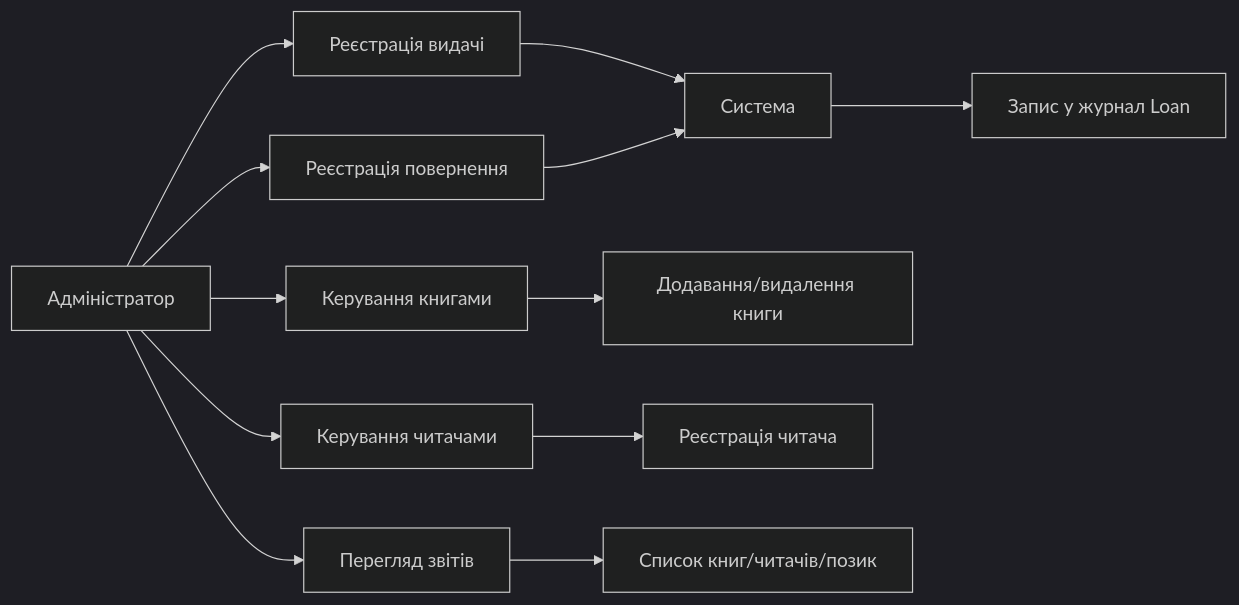
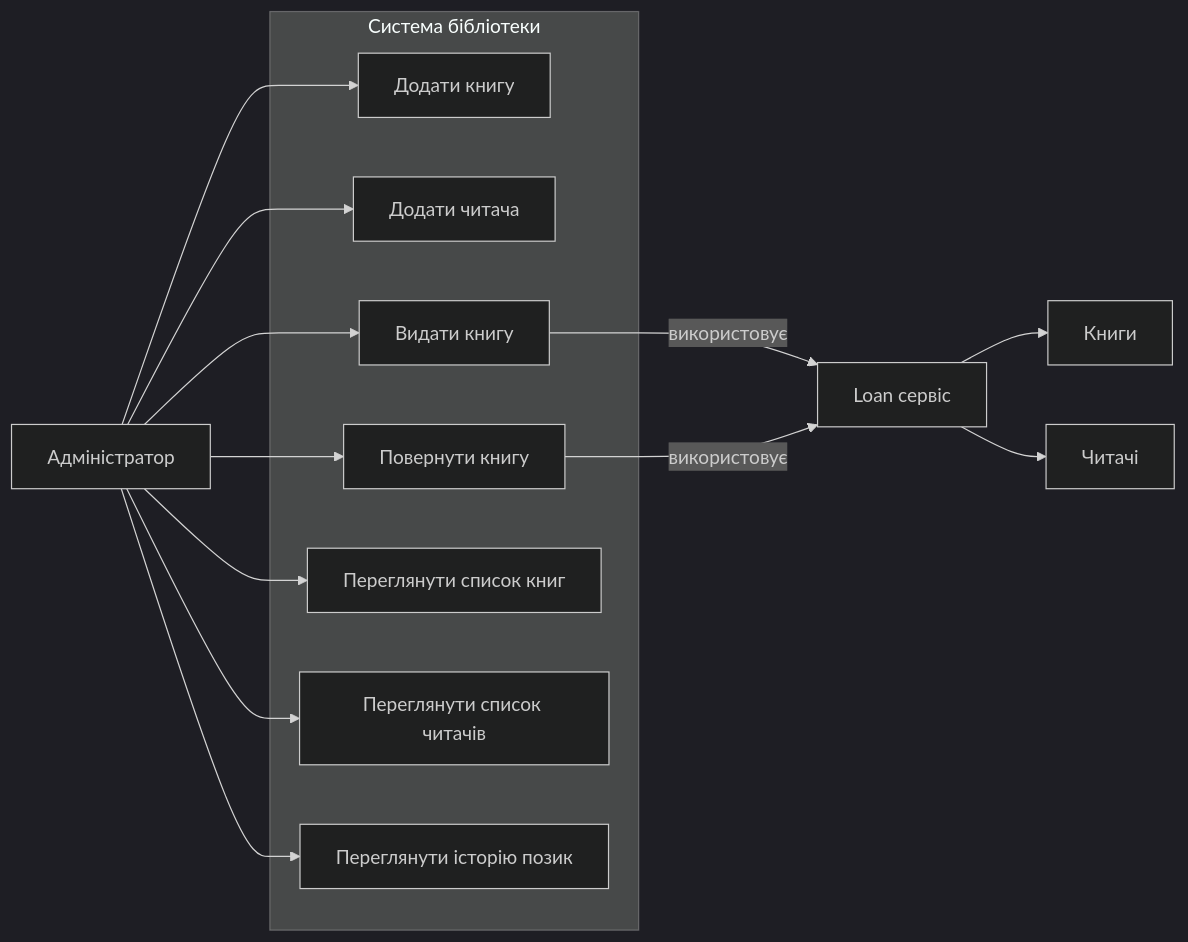
One commit to gachibasers/lab1 changed the third of 9 diagrams in README.md. Above: the diagram before and after it, drawn with Mermaid (dark theme). The commit also changed other lines of this file, not shown here.

Commit message:
docs: add all UML diagram types (state, component, deployment, package, object) to README

````diff
--- a/README.md
+++ b/README.md
@@ -114,16 +117,25 @@
 ```mermaid
 graph LR
-    A[Адміністратор] --> UC1[Керування книгами]
-    A --> UC2[Керування читачами]
-    A --> UC3[Реєстрація видачі]
-    A --> UC4[Реєстрація повернення]
-    A --> UC5[Перегляд звітів]
+    subgraph "Система бібліотеки"
+        UC1[Додати книгу]
+        UC2[Додати читача]
+        UC3[Видати книгу]
+        UC4[Повернути книгу]
+        UC5[Переглянути список книг]
+        UC6[Переглянути список читачів]
+        UC7[Переглянути історію позик]
+    end
 
-    UC3 --> B[Система]
-    UC4 --> B
-    B --> C[Запис у журнал Loan]
+    Admin[Адміністратор] --> UC1
+    Admin --> UC2
+    Admin --> UC3
+    Admin --> UC4
+    Admin --> UC5
+    Admin --> UC6
+    Admin --> UC7
 
-    UC1 --> D[Додавання/видалення книги]
-    UC2 --> E[Реєстрація читача]
-    UC5 --> F[Список книг/читачів/позик]
+    UC3 -->|використовує| Loan[Loan сервіс]
+    UC4 -->|використовує| Loan
+    Loan --> Books[Книги]
+    Loan --> Readers[Читачі]
 ```
````
